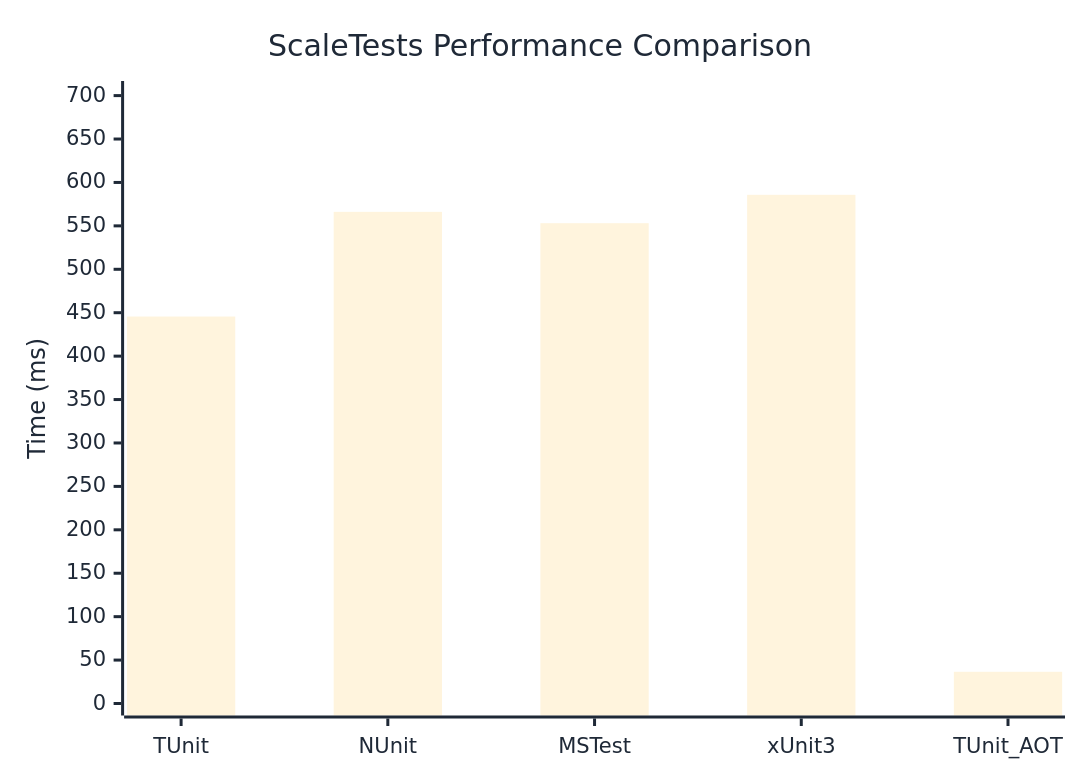
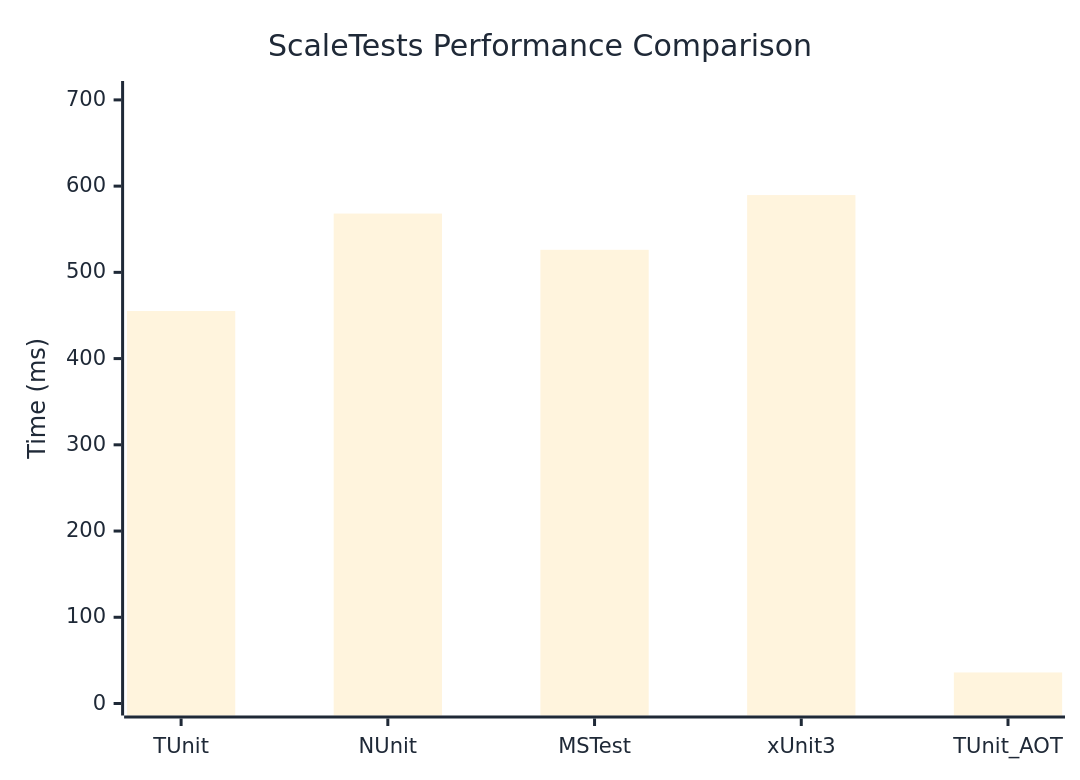
One commit to thomhurst/TUnit changed the diagram in docs/docs/benchmarks/ScaleTests.md. Above: the diagram before and after it, drawn with Mermaid. The commit also changed other lines of this file and 17 other files, not shown here.

````diff
--- a/docs/docs/benchmarks/ScaleTests.md
+++ b/docs/docs/benchmarks/ScaleTests.md
@@ -27,37 +27,37 @@
 ```mermaid
 %%{init: {
   'theme':'base',
   'themeVariables': {
     'primaryColor': '#2563eb',
     'primaryTextColor': '#1f2937',
     'primaryBorderColor': '#1e40af',
     'lineColor': '#6b7280',
     'secondaryColor': '#7c3aed',
     'tertiaryColor': '#dc2626',
     'background': '#ffffff',
     'mainBkg': '#2563eb',
     'secondBkg': '#7c3aed',
     'tertiaryBkg': '#dc2626',
     'clusterBkg': '#f3f4f6',
     'edgeLabelBackground': '#ffffff',
     'tertiaryTextColor': '#1f2937',
     'pie1': '#2563eb',
     'pie2': '#7c3aed',
     'pie3': '#dc2626',
     'pie4': '#f59e0b',
     'pie5': '#10b981',
     'pie6': '#06b6d4',
     'pie7': '#ec4899',
     'pie8': '#6366f1',
     'pie9': '#84cc16',
     'pie10': '#f97316',
     'pie11': '#14b8a6',
     'pie12': '#a855f7'
   }
 }}%%
 xychart-beta
   title "ScaleTests Performance Comparison"
   x-axis ["TUnit", "NUnit", "MSTest", "xUnit3", "TUnit_AOT"]
-  y-axis "Time (ms)" 0 --> 703
-  bar [445.59, 566.13, 553.1, 585.75, 36.53]
+  y-axis "Time (ms)" 0 --> 708
+  bar [455.16, 568.17, 526.13, 589.61, 36.02]
 ```
````
